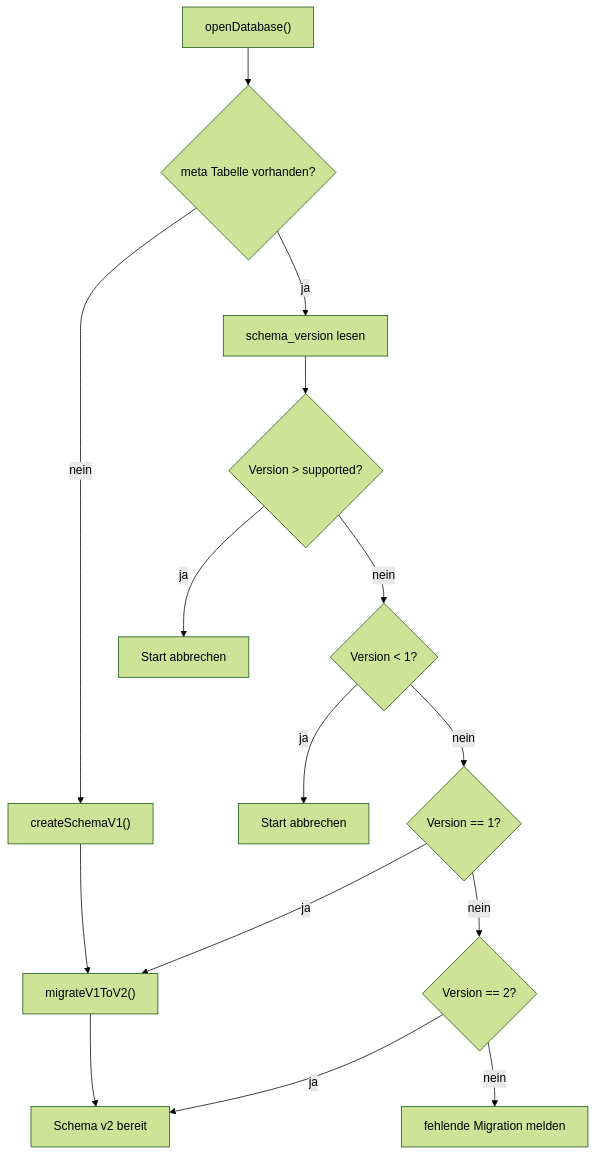
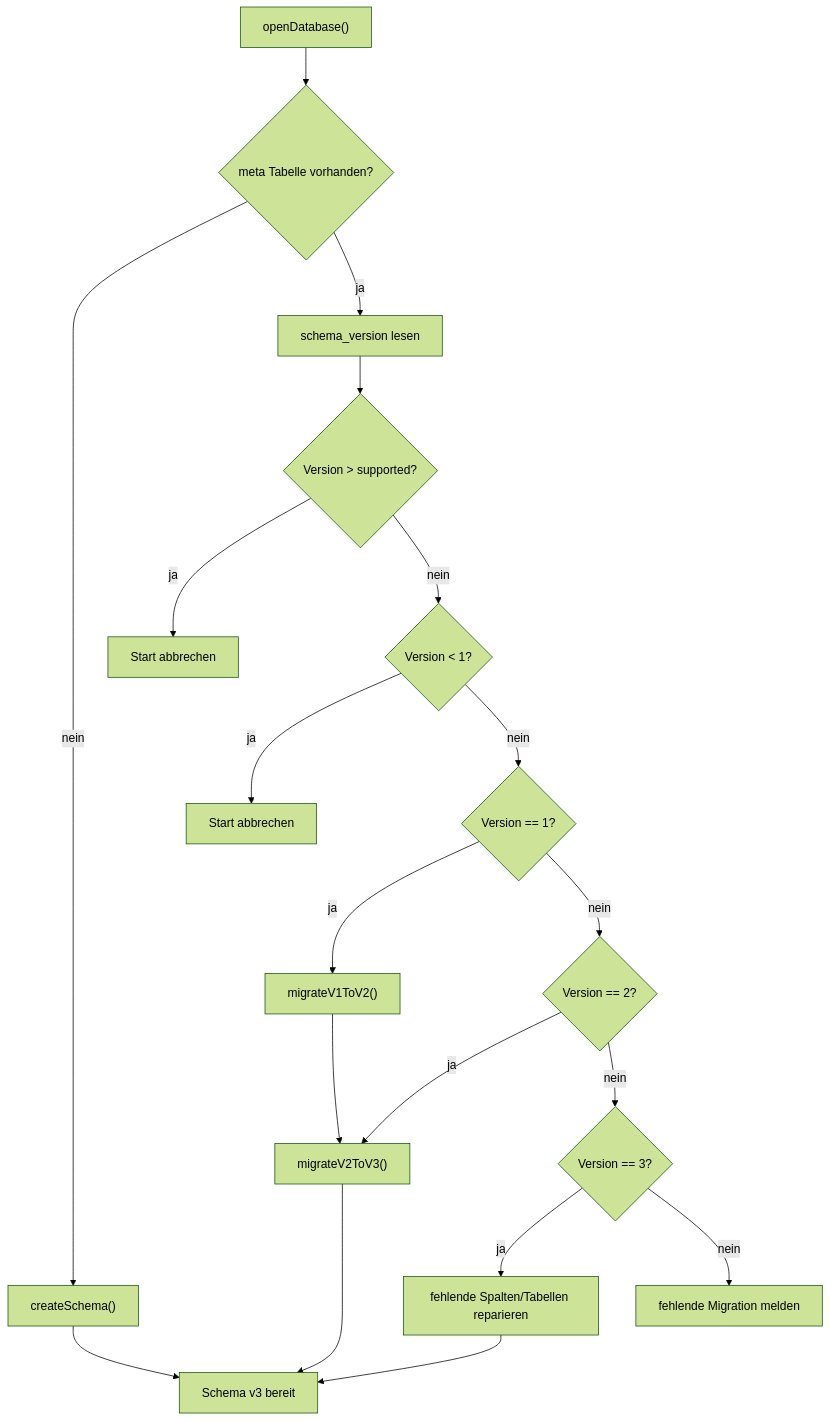
The ninth of 10 diagrams in docs/architecture.md (SbstnErhrdt/jura-wolpertinger), drawn with Mermaid (forest theme) before and after one commit. The commit also changed other lines of this file and 3 other files, not shown here.

Commit message:
Document AI training loop architecture

````diff
--- a/docs/architecture.md
+++ b/docs/architecture.md
@@ -445,18 +518,22 @@
 ```mermaid
 flowchart TD
   Start["openDatabase()"] --> HasMeta{"meta Tabelle vorhanden?"}
-  HasMeta -->|nein| CreateV1["createSchemaV1()"]
-  CreateV1 --> MigrateV2["migrateV1ToV2()"]
-  MigrateV2 --> Ready["Schema v2 bereit"]
+  HasMeta -->|nein| CreateCurrent["createSchema()"]
+  CreateCurrent --> Ready["Schema v3 bereit"]
 
   HasMeta -->|ja| ReadVersion["schema_version lesen"]
   ReadVersion --> Newer{"Version > supported?"}
   Newer -->|ja| StopNewer["Start abbrechen"]
   Newer -->|nein| TooOld{"Version < 1?"}
   TooOld -->|ja| StopOld["Start abbrechen"]
   TooOld -->|nein| IsV1{"Version == 1?"}
-  IsV1 -->|ja| MigrateV2
-  IsV1 -->|nein| IsCurrent{"Version == 2?"}
-  IsCurrent -->|ja| Ready
+  IsV1 -->|ja| MigrateV2["migrateV1ToV2()"]
+  MigrateV2 --> MigrateV3["migrateV2ToV3()"]
+  IsV1 -->|nein| IsV2{"Version == 2?"}
+  IsV2 -->|ja| MigrateV3
+  MigrateV3 --> Ready
+  IsV2 -->|nein| IsCurrent{"Version == 3?"}
+  IsCurrent -->|ja| Repair["fehlende Spalten/Tabellen reparieren"]
+  Repair --> Ready
   IsCurrent -->|nein| Missing["fehlende Migration melden"]
 ```
````
